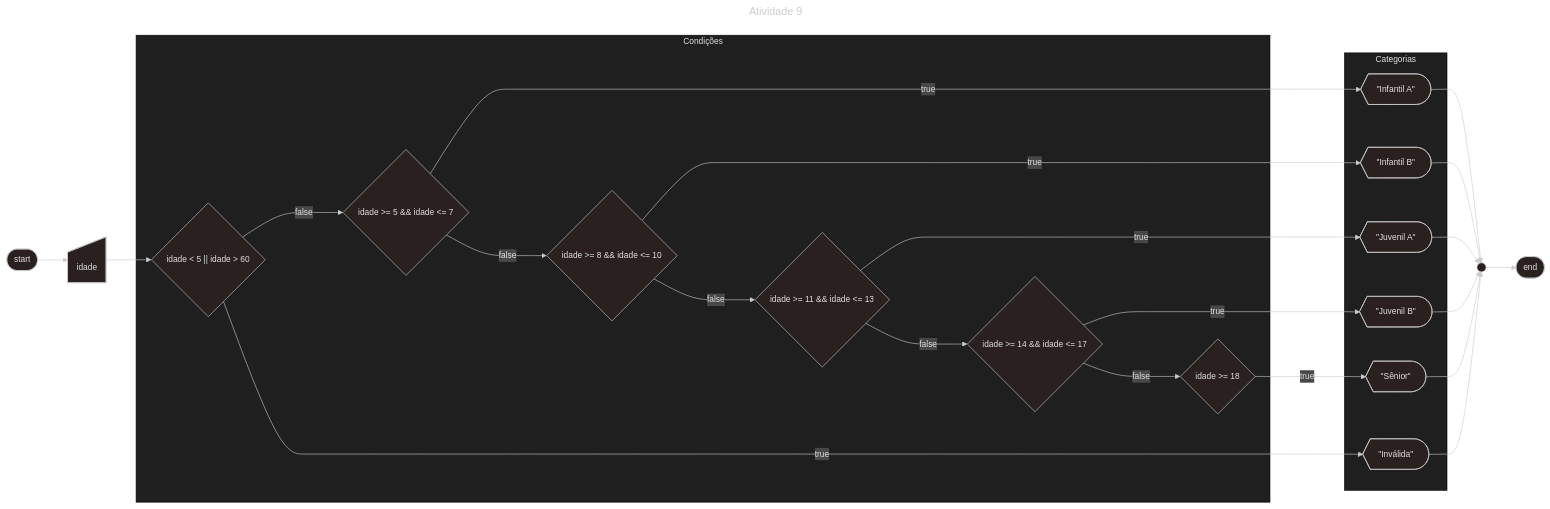
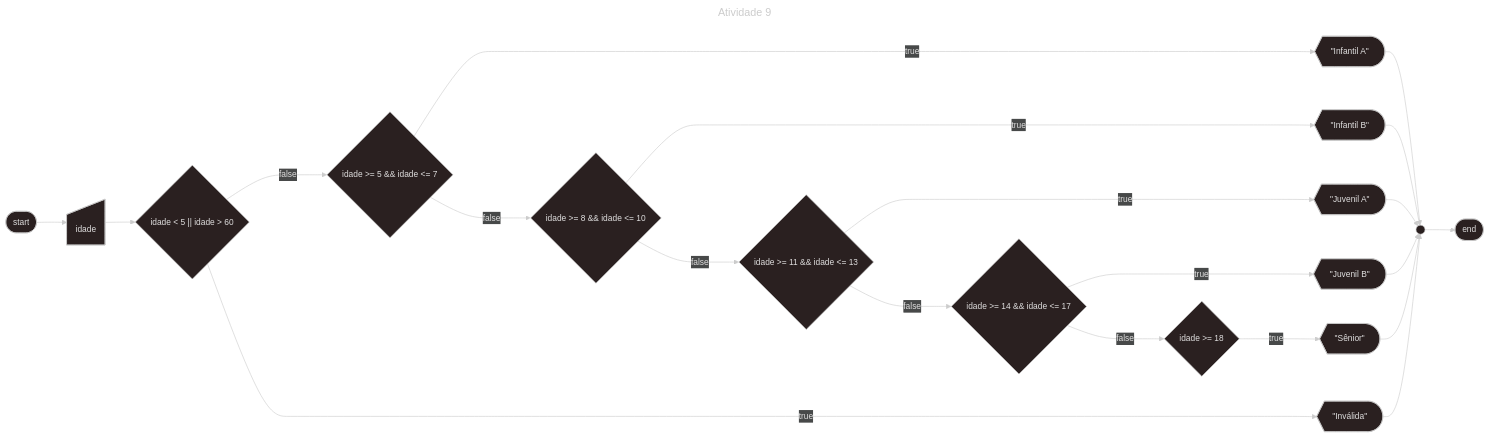
One commit to kf-martins-uel/algoritmos-atividade1 changed the third of 9 diagrams in Parte-2/README.md. Above: the diagram before and after it, drawn with Mermaid. The commit also changed other lines of this file and 7 other files, not shown here.

````diff
--- a/Parte-2/README.md
+++ b/Parte-2/README.md
@@ -139,53 +139,49 @@
 ```mermaid
 ---
 config:
   theme: neo-dark 
 title: Atividade 9
 ---
 flowchart LR
     start([start])
     fim([end])
     conector@{shape: circle, label: " "}
     idade@{shape: manual-input}
 
-    subgraph Categorias
         ia@{shape: display, label: "\"Infantil A\""}
         ib@{shape: display, label: "\"Infantil B\""}
         ja@{shape: display, label: "\"Juvenil A\""}
         jb@{shape: display, label: "\"Juvenil B\""}
         se@{shape: display, label: "\"Sênior\""}
         invalida@{shape: display, label: "\"Inválida\""}
-    end
 
-    subgraph Condições
         if1{"idade < 5 || idade > 60"}
         if2{"idade >= 5 && idade <= 7"}
         if3{"idade >= 8 && idade <= 10"}
         if4{"idade >= 11 && idade <= 13"}
         if5{"idade >= 14 && idade <= 17"}
         if6{"idade >= 18"}
-    end
 
     start --> idade
     idade --> if1
     if1 --->|true| invalida
     if2 --->|true| ia
     if3 --->|true| ib
     if4 --->|true| ja 
     if5 --->|true| jb 
     if6 --->|true| se
 
     if1 --->|false| if2
     if2 --->|false| if3
     if3 --->|false| if4
     if4 --->|false| if5
     if5 --->|false| if6
 
     ia --> conector
     ib --> conector
     ja --> conector
     jb --> conector
     se --> conector
     invalida --> conector
     conector --> fim
 ```
````
